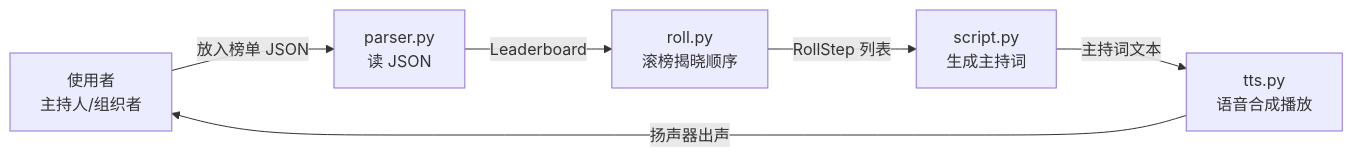
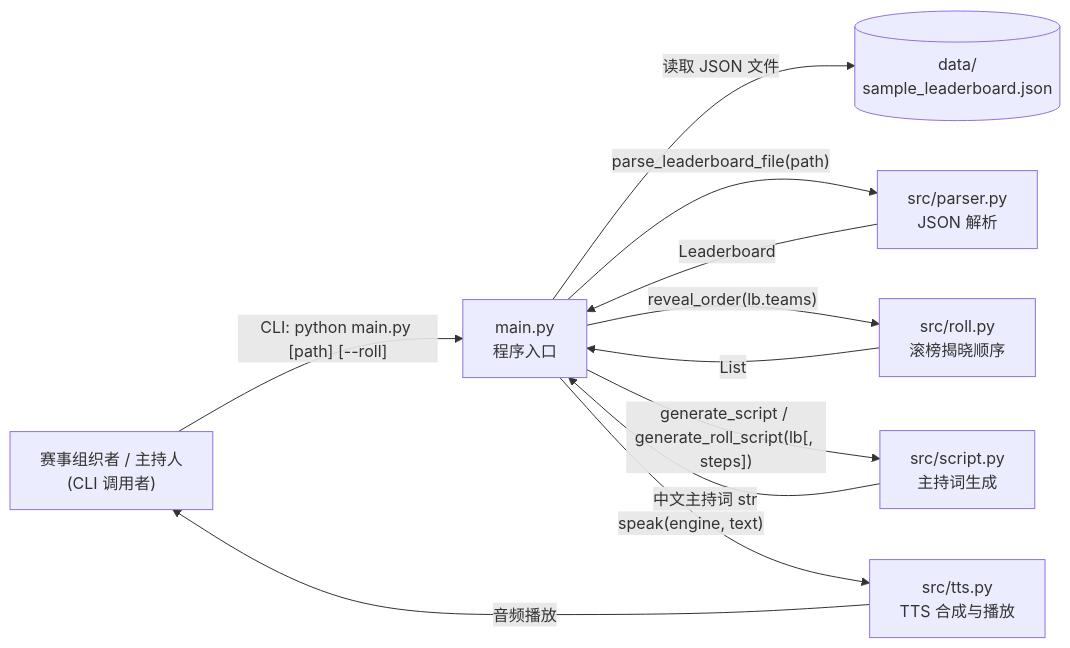
Before and after one commit to DemonSh1ver/ai-contest-host: the diagram in reports/day02.md, drawn with Mermaid. The commit also changed other lines of this file and 1 other file, not shown here.

Commit message:
docs: embed module diagram into day02 and remove standalone diagram file

````diff
--- a/reports/day02.md
+++ b/reports/day02.md
@@ -20,8 +20,21 @@
 ```mermaid
-flowchart LR
-    User[使用者<br/>主持人/组织者] -->|放入榜单 JSON| Parser[parser.py<br/>读 JSON]
-    Parser -->|Leaderboard| Roll[roll.py<br/>滚榜揭晓顺序]
-    Roll -->|RollStep 列表| Script[script.py<br/>生成主持词]
-    Script -->|主持词文本| TTS[tts.py<br/>语音合成播放]
-    TTS -->|扬声器出声| User
+graph LR
+    User["赛事组织者 / 主持人<br/>(CLI 调用者)"]
+    Main["main.py<br/>程序入口"]
+    Parser["src/parser.py<br/>JSON 解析"]
+    Roll["src/roll.py<br/>滚榜揭晓顺序"]
+    Script["src/script.py<br/>主持词生成"]
+    TTS["src/tts.py<br/>TTS 合成与播放"]
+    Data[("data/<br/>sample_leaderboard.json")]
+
+    User -- "CLI: python main.py [path] [--roll]" --> Main
+    Main -- "读取 JSON 文件" --> Data
+    Main -- "parse_leaderboard_file(path)" --> Parser
+    Parser -- "Leaderboard" --> Main
+    Main -- "reveal_order(lb.teams)" --> Roll
+    Roll -- "List<RollStep>" --> Main
+    Main -- "generate_script / generate_roll_script(lb[, steps])" --> Script
+    Script -- "中文主持词 str" --> Main
+    Main -- "speak(engine, text)" --> TTS
+    TTS -- "音频播放" --> User
 ```
````
